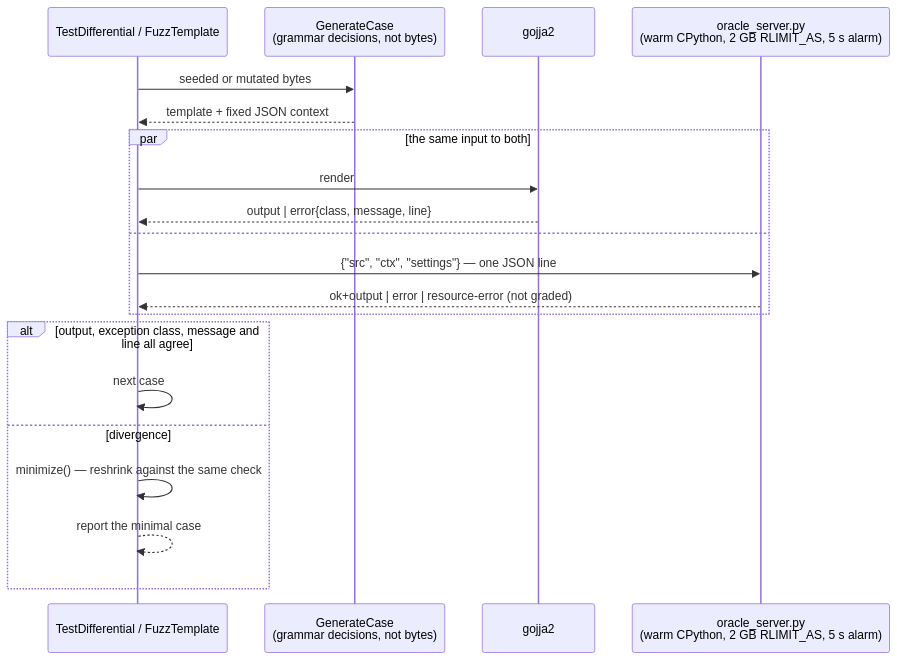
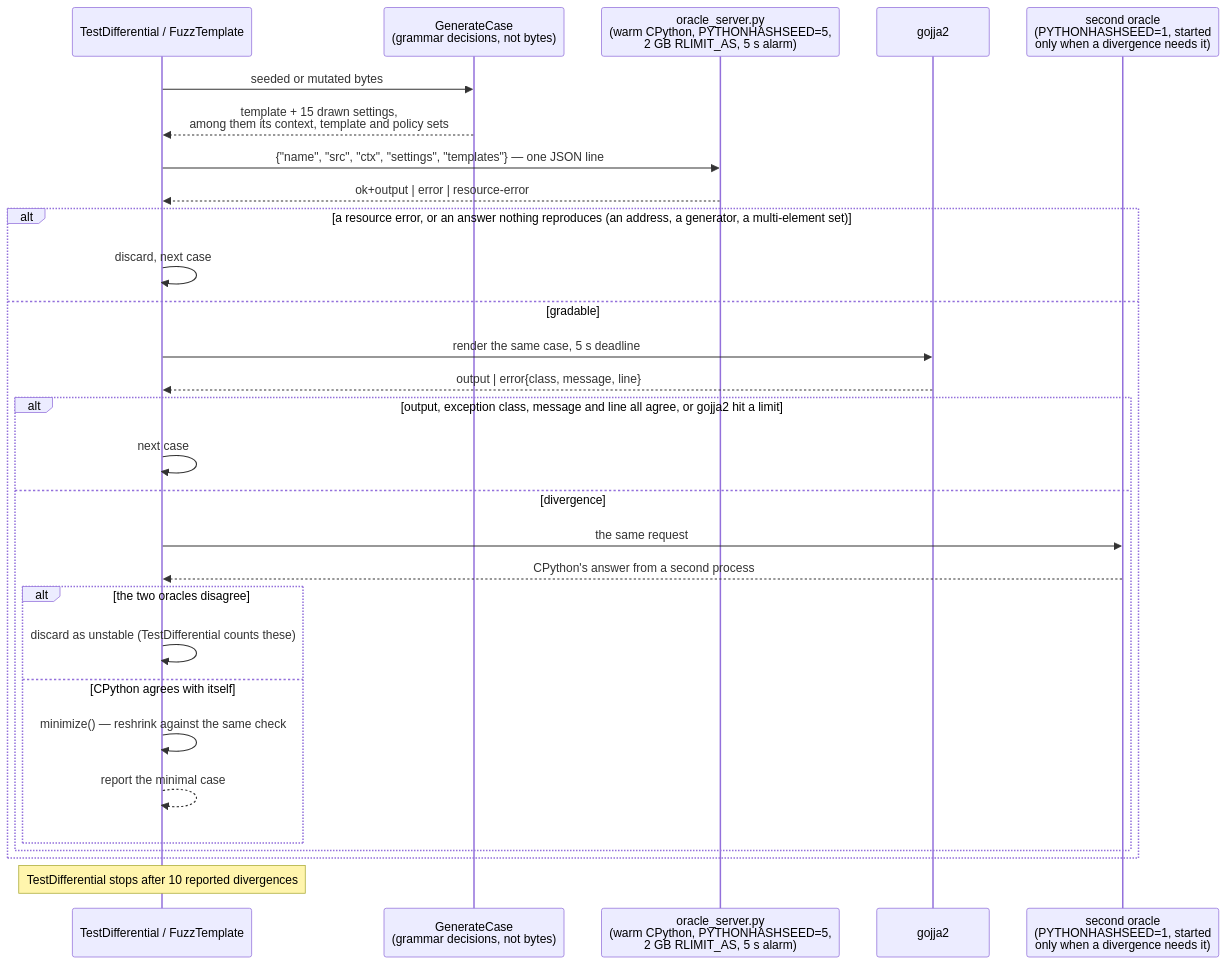
Before and after one commit to mgilbir/gojja2: the second of 2 diagrams in docs/conformance.md, drawn with Mermaid. The commit also changed other lines of this file and 41 other files, not shown here.

````diff
--- a/docs/conformance.md
+++ b/docs/conformance.md
@@ -338,23 +362,32 @@
 ```mermaid
 sequenceDiagram
     participant F as TestDifferential / FuzzTemplate
     participant G as GenerateCase<br/>(grammar decisions, not bytes)
+    participant O as oracle_server.py<br/>(warm CPython, PYTHONHASHSEED=5,<br/>2 GB RLIMIT_AS, 5 s alarm)
     participant J as gojja2
-    participant O as oracle_server.py<br/>(warm CPython, 2 GB RLIMIT_AS, 5 s alarm)
+    participant O2 as second oracle<br/>(PYTHONHASHSEED=1, started<br/>only when a divergence needs it)
 
     F->>G: seeded or mutated bytes
-    G-->>F: template + fixed JSON context
-    par the same input to both
-        F->>J: render
+    G-->>F: template + 15 drawn settings,<br/>among them its context, template and policy sets
+    F->>O: {"name", "src", "ctx", "settings", "templates"} — one JSON line
+    O-->>F: ok+output | error | resource-error
+    alt a resource error, or an answer nothing reproduces (an address, a generator, a multi-element set)
+        F->>F: discard, next case
+    else gradable
+        F->>J: render the same case, 5 s deadline
         J-->>F: output | error{class, message, line}
-    and
-        F->>O: {"src", "ctx", "settings"} — one JSON line
-        O-->>F: ok+output | error | resource-error (not graded)
+        alt output, exception class, message and line all agree, or gojja2 hit a limit
+            F->>F: next case
+        else divergence
+            F->>O2: the same request
+            O2-->>F: CPython's answer from a second process
+            alt the two oracles disagree
+                F->>F: discard as unstable (TestDifferential counts these)
+            else CPython agrees with itself
+                F->>F: minimize() — reshrink against the same check
+                F-->>F: report the minimal case
+            end
+        end
     end
-    alt output, exception class, message and line all agree
-        F->>F: next case
-    else divergence
-        F->>F: minimize() — reshrink against the same check
-        F-->>F: report the minimal case
-    end
+    Note over F: TestDifferential stops after 10 reported divergences
 ```
````
